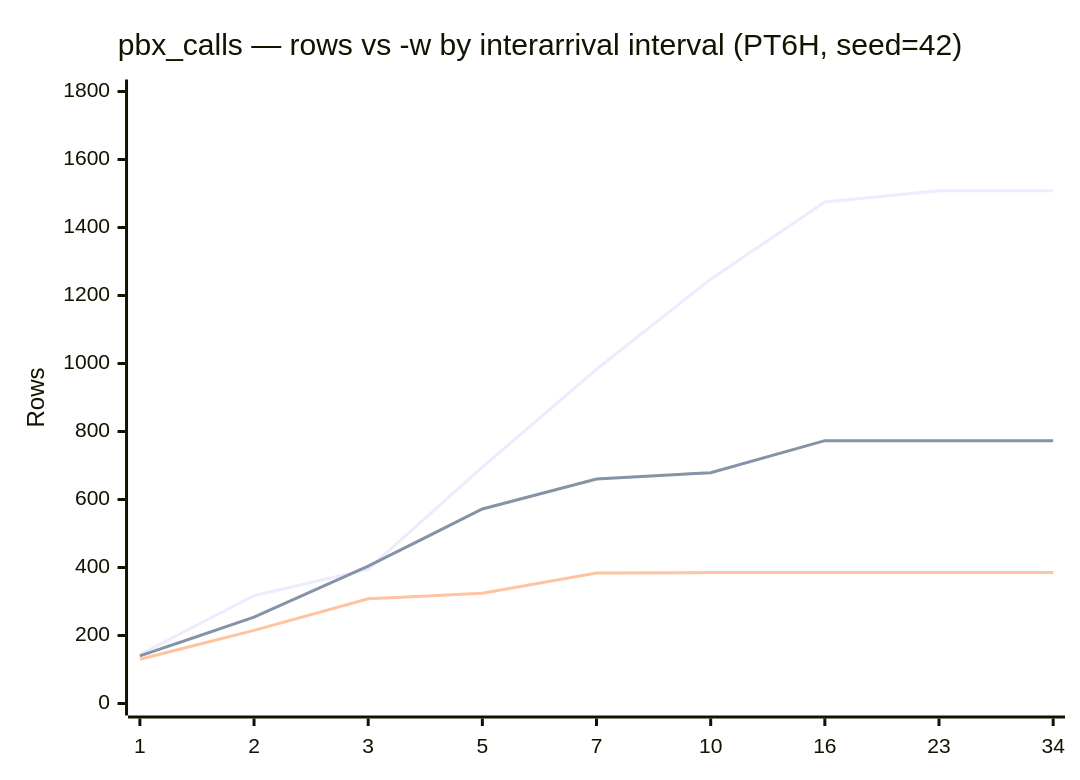
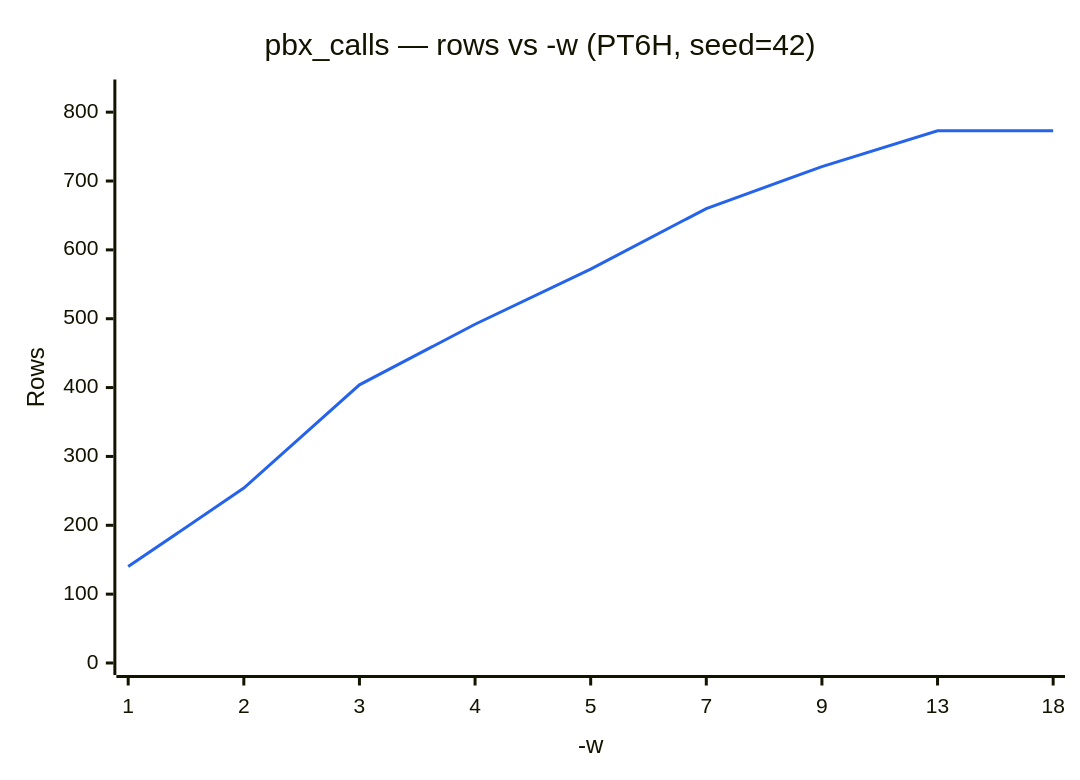
Before and after one commit to implydata/imply-eventgenerator: the second of 2 diagrams in docs/presets/pbx_calls.md, drawn with Mermaid. The commit also changed other lines of this file and 7 other files, not shown here.

````diff
--- a/docs/presets/pbx_calls.md
+++ b/docs/presets/pbx_calls.md
@@ -85,9 +71,8 @@
 ```mermaid
+%%{init: {'themeVariables': {'xyChart': {'plotColorPalette': '#2563eb'}}}}%%
 xychart-beta
-    title "pbx_calls — rows vs -w by interarrival interval (PT6H, seed=42)"
-    x-axis [1, 2, 3, 5, 7, 10, 16, 23, 34]
-    y-axis "Rows" 0 --> 1800
-    line [144, 317, 395, 695, 983, 1248, 1475, 1508, 1508]
-    line [140, 254, 404, 572, 660, 679, 773, 773, 773]
-    line [130, 215, 308, 324, 384, 385, 385, 385, 385]
+    title "pbx_calls — rows vs -w (PT6H, seed=42)"
+    x-axis "-w" [1, 2, 3, 4, 5, 7, 9, 13, 18]
+    y-axis "Rows" 0 --> 830
+    line [140, 254, 404, 492, 572, 660, 721, 773, 773]
 ```
````
